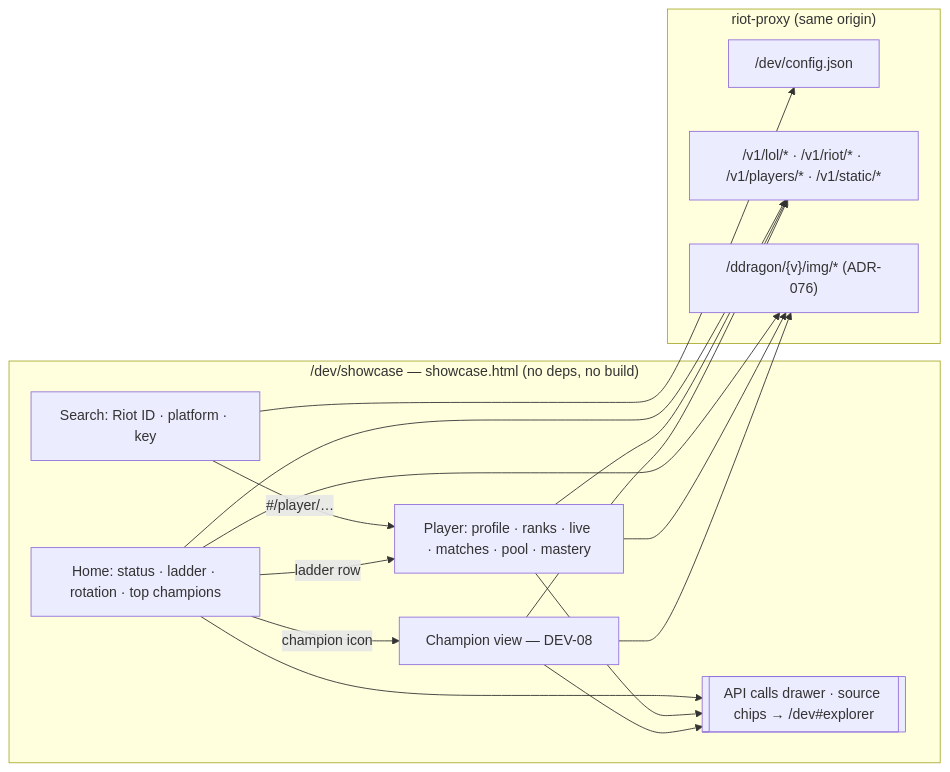
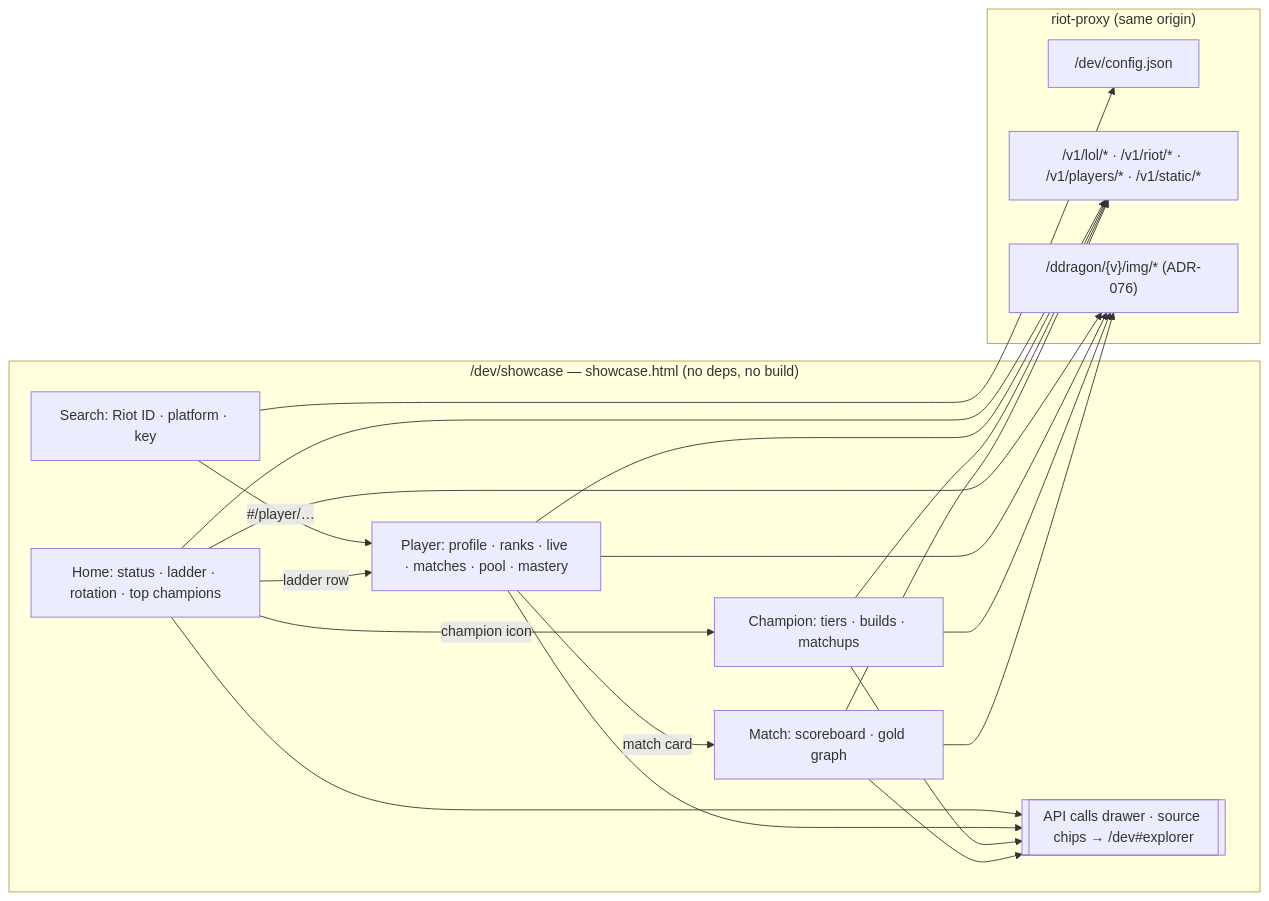
The diagram in docs/design/11-showcase.md (NinjaGoldfinch/riot-proxy), drawn with Mermaid before and after one commit. The commit also changed other lines of this file and 5 other files, not shown here.

First line of the commit message:
DEV-08 — showcase match detail (scoreboard, gold graph) and champion view (tiers, builds, matchups) (#99)

````diff
--- a/docs/design/11-showcase.md
+++ b/docs/design/11-showcase.md
@@ -48,22 +51,24 @@
 ```mermaid
 flowchart LR
   subgraph Page["/dev/showcase — showcase.html (no deps, no build)"]
     S[Search: Riot ID · platform · key]
     H[Home: status · ladder · rotation · top champions]
     P[Player: profile · ranks · live · matches · pool · mastery]
-    C[Champion view — DEV-08]
+    C[Champion: tiers · builds · matchups]
+    M[Match: scoreboard · gold graph]
     D[[API calls drawer · source chips → /dev#explorer]]
-    H & P & C --> D
+    H & P & C & M --> D
   end
   subgraph Proxy["riot-proxy (same origin)"]
     CFG["/dev/config.json"]
     R["/v1/lol/* · /v1/riot/* · /v1/players/* · /v1/static/*"]
     DD["/ddragon/{v}/img/* (ADR-076)"]
   end
   S --> CFG
-  H & P & C --> R
-  H & P & C --> DD
+  H & P & C & M --> R
+  H & P & C & M --> DD
   S -- "#/player/…" --> P
   H -- "ladder row" --> P
   H -- "champion icon" --> C
+  P -- "match card" --> M
 ```
````
